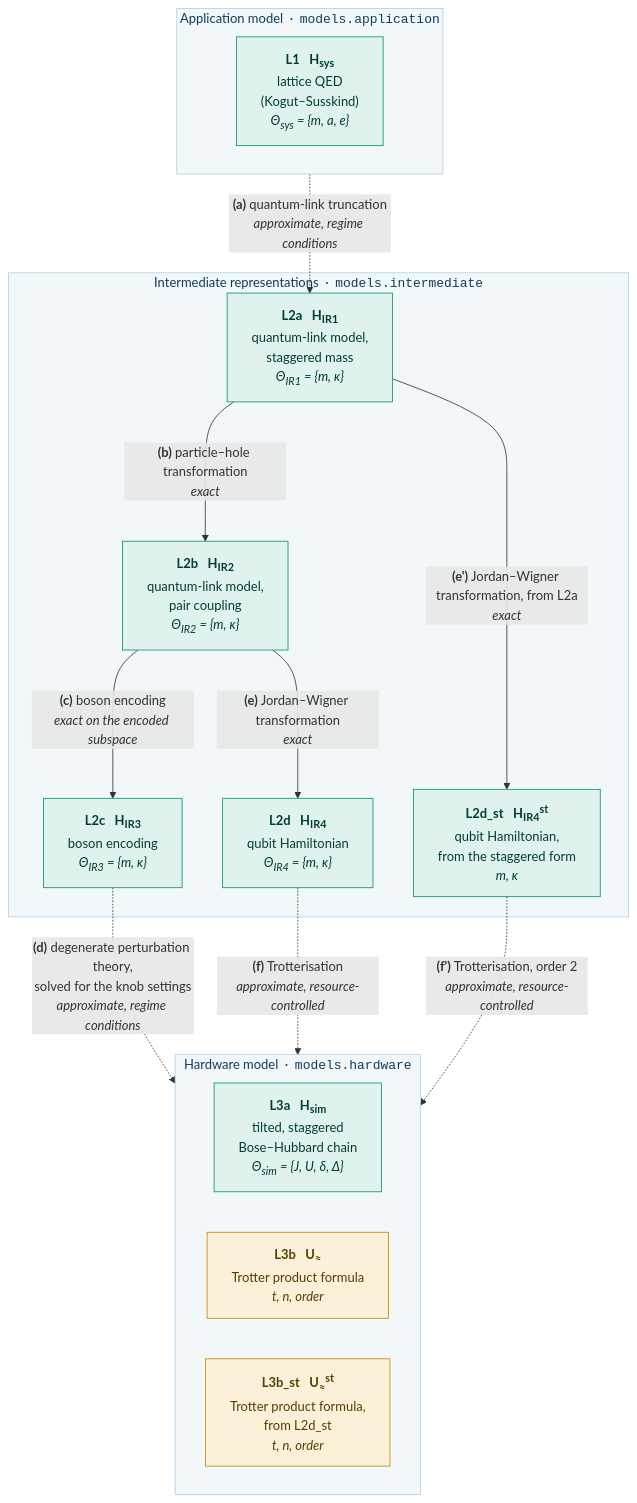
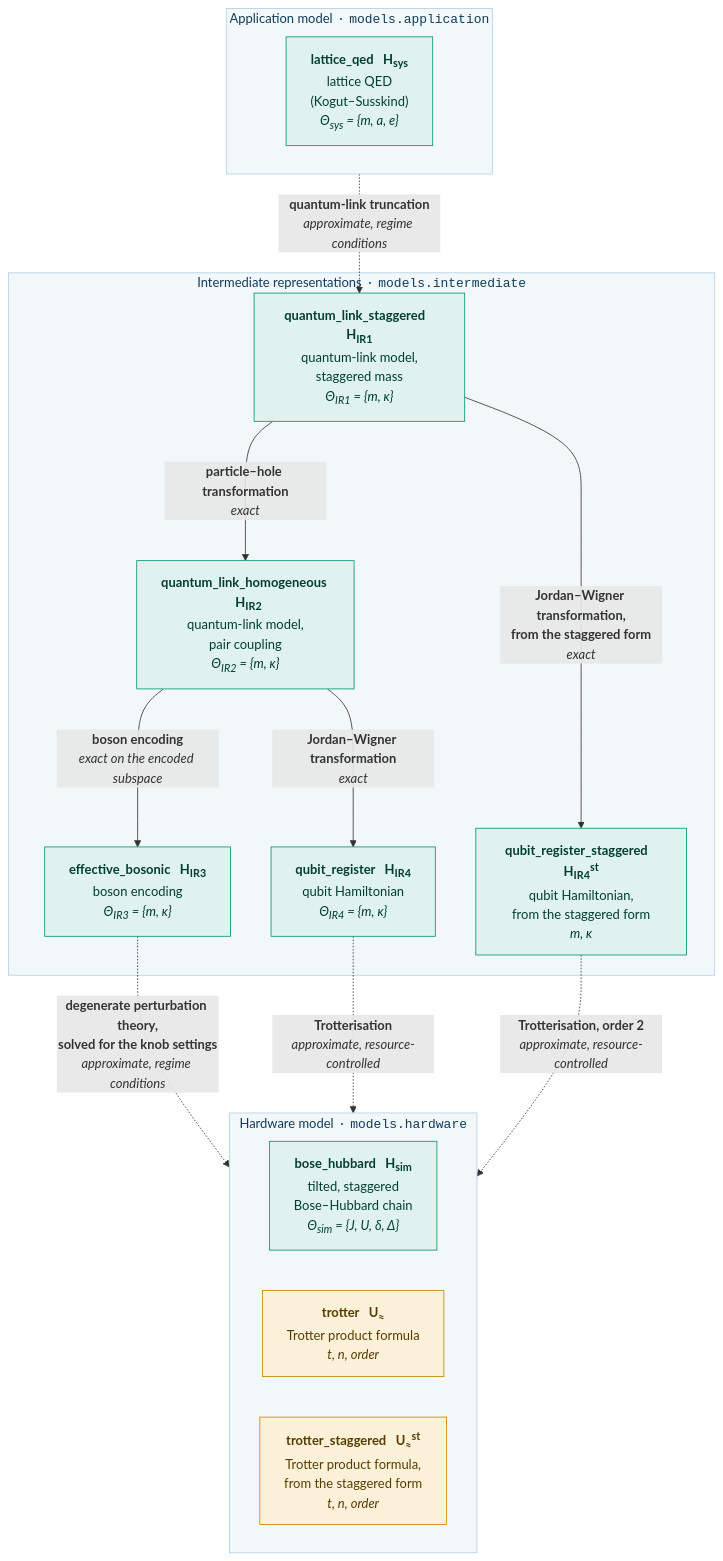
The diagram in docs/schwinger.md (lfd/qsimod), drawn with Mermaid before and after one commit. The commit also changed other lines of this file and 41 other files, not shown here.

````diff
--- a/docs/schwinger.md
+++ b/docs/schwinger.md
@@ -32,37 +32,37 @@
 ```mermaid
 flowchart TB
     subgraph LV1["Application model &nbsp;·&nbsp; <code>models.application</code>"]
         direction LR
-        L1["<b>L1 &nbsp; H<sub>sys</sub></b><br/>lattice QED<br/>(Kogut–Susskind)<br/><i>Θ<sub>sys</sub> = {m, a, e}</i>"]
+        lattice_qed["<b>lattice_qed &nbsp; H<sub>sys</sub></b><br/>lattice QED<br/>(Kogut–Susskind)<br/><i>Θ<sub>sys</sub> = {m, a, e}</i>"]
     end
     subgraph LV2["Intermediate representations &nbsp;·&nbsp; <code>models.intermediate</code>"]
-        L2a["<b>L2a &nbsp; H<sub>IR1</sub></b><br/>quantum-link model,<br/>staggered mass<br/><i>Θ<sub>IR1</sub> = {m, κ}</i>"]
-        L2b["<b>L2b &nbsp; H<sub>IR2</sub></b><br/>quantum-link model,<br/>pair coupling<br/><i>Θ<sub>IR2</sub> = {m, κ}</i>"]
-        L2c["<b>L2c &nbsp; H<sub>IR3</sub></b><br/>boson encoding<br/><i>Θ<sub>IR3</sub> = {m, κ}</i>"]
-        L2d["<b>L2d &nbsp; H<sub>IR4</sub></b><br/>qubit Hamiltonian<br/><i>Θ<sub>IR4</sub> = {m, κ}</i>"]
-        L2d_st["<b>L2d_st &nbsp; H<sub>IR4</sub><sup>st</sup></b><br/>qubit Hamiltonian,<br/>from the staggered form<br/><i>m, κ</i>"]
+        quantum_link_staggered["<b>quantum_link_staggered &nbsp; H<sub>IR1</sub></b><br/>quantum-link model,<br/>staggered mass<br/><i>Θ<sub>IR1</sub> = {m, κ}</i>"]
+        quantum_link_homogeneous["<b>quantum_link_homogeneous &nbsp; H<sub>IR2</sub></b><br/>quantum-link model,<br/>pair coupling<br/><i>Θ<sub>IR2</sub> = {m, κ}</i>"]
+        effective_bosonic["<b>effective_bosonic &nbsp; H<sub>IR3</sub></b><br/>boson encoding<br/><i>Θ<sub>IR3</sub> = {m, κ}</i>"]
+        qubit_register["<b>qubit_register &nbsp; H<sub>IR4</sub></b><br/>qubit Hamiltonian<br/><i>Θ<sub>IR4</sub> = {m, κ}</i>"]
+        qubit_register_staggered["<b>qubit_register_staggered &nbsp; H<sub>IR4</sub><sup>st</sup></b><br/>qubit Hamiltonian,<br/>from the staggered form<br/><i>m, κ</i>"]
     end
     subgraph LV3["Hardware model &nbsp;·&nbsp; <code>models.hardware</code>"]
         direction LR
-        L3a["<b>L3a &nbsp; H<sub>sim</sub></b><br/>tilted, staggered<br/>Bose–Hubbard chain<br/><i>Θ<sub>sim</sub> = {J, U, δ, Δ}</i>"]
-        L3b["<b>L3b &nbsp; U<sub>≈</sub></b><br/>Trotter product formula<br/><i>t, n, order</i>"]
-        L3b_st["<b>L3b_st &nbsp; U<sub>≈</sub><sup>st</sup></b><br/>Trotter product formula,<br/>from L2d_st<br/><i>t, n, order</i>"]
+        bose_hubbard["<b>bose_hubbard &nbsp; H<sub>sim</sub></b><br/>tilted, staggered<br/>Bose–Hubbard chain<br/><i>Θ<sub>sim</sub> = {J, U, δ, Δ}</i>"]
+        trotter["<b>trotter &nbsp; U<sub>≈</sub></b><br/>Trotter product formula<br/><i>t, n, order</i>"]
+        trotter_staggered["<b>trotter_staggered &nbsp; U<sub>≈</sub><sup>st</sup></b><br/>Trotter product formula,<br/>from the staggered form<br/><i>t, n, order</i>"]
     end
 
-    L1  -. "<b>(a)</b> quantum-link truncation<br/><i>approximate, regime conditions</i>" .-> L2a
-    L2a ---> |"<b>(b)</b> particle–hole transformation<br/><i>exact</i>"| L2b
-    L2b ---> |"<b>(c)</b> boson encoding<br/><i>exact on the encoded subspace</i>"| L2c
-    L2c -. "<b>(d)</b> degenerate perturbation theory,<br/>solved for the knob settings<br/><i>approximate, regime conditions</i>" .-> L3a
-    L2b ---> |"<b>(e)</b> Jordan–Wigner transformation<br/><i>exact</i>"| L2d
-    L2d -. "<b>(f)</b> Trotterisation<br/><i>approximate, resource-controlled</i>" .-> L3b
-    L2a ---> |"<b>(e')</b> Jordan–Wigner transformation, from L2a<br/><i>exact</i>"| L2d_st
-    L2d_st -. "<b>(f')</b> Trotterisation, order 2<br/><i>approximate, resource-controlled</i>" .-> L3b_st
+    lattice_qed -. "<b>quantum-link truncation</b><br/><i>approximate, regime conditions</i>" .-> quantum_link_staggered
+    quantum_link_staggered ---> |"<b>particle–hole transformation</b><br/><i>exact</i>"| quantum_link_homogeneous
+    quantum_link_homogeneous ---> |"<b>boson encoding</b><br/><i>exact on the encoded subspace</i>"| effective_bosonic
+    effective_bosonic -. "<b>degenerate perturbation theory,<br/>solved for the knob settings</b><br/><i>approximate, regime conditions</i>" .-> bose_hubbard
+    quantum_link_homogeneous ---> |"<b>Jordan–Wigner transformation</b><br/><i>exact</i>"| qubit_register
+    qubit_register -. "<b>Trotterisation</b><br/><i>approximate, resource-controlled</i>" .-> trotter
+    quantum_link_staggered ---> |"<b>Jordan–Wigner transformation,<br/>from the staggered form</b><br/><i>exact</i>"| qubit_register_staggered
+    qubit_register_staggered -. "<b>Trotterisation, order 2</b><br/><i>approximate, resource-controlled</i>" .-> trotter_staggered
 
     classDef ham fill:#e0f2ee,stroke:#009371,color:#003e2f
     classDef pf fill:#fbf1d9,stroke:#c48700,color:#573c00
-    class L1,L2a,L2b,L2c,L2d,L2d_st,L3a ham
-    class L3b,L3b_st pf
+    class lattice_qed,quantum_link_staggered,quantum_link_homogeneous,effective_bosonic,qubit_register,qubit_register_staggered,bose_hubbard ham
+    class trotter,trotter_staggered pf
     style LV1 fill:#f2f7fa,stroke:#b1d0e5,color:#103c5a
     style LV2 fill:#f2f7fa,stroke:#b1d0e5,color:#103c5a
     style LV3 fill:#f2f7fa,stroke:#b1d0e5,color:#103c5a
 ```
````
